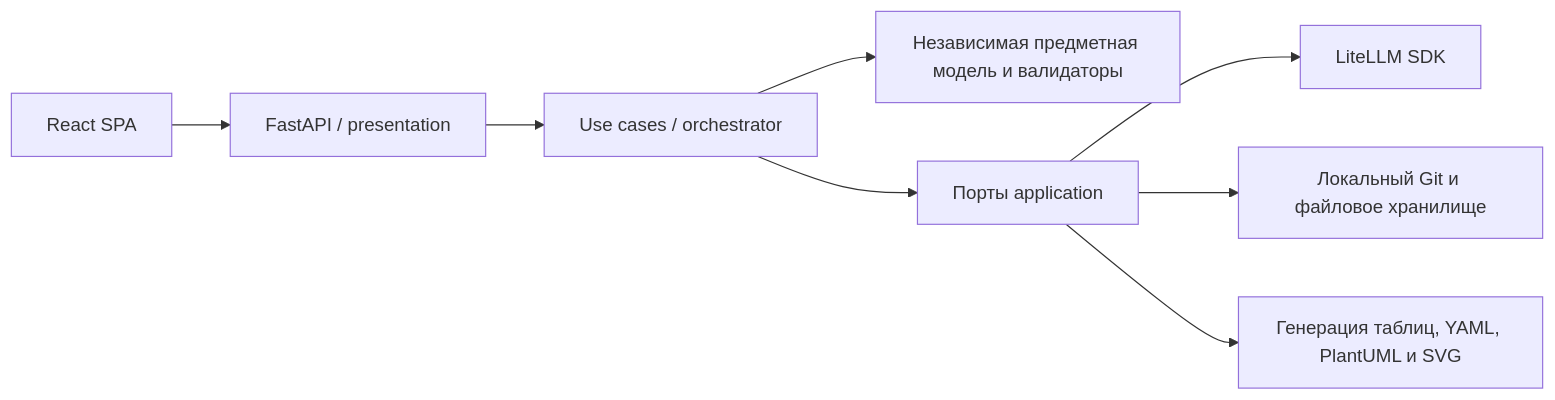
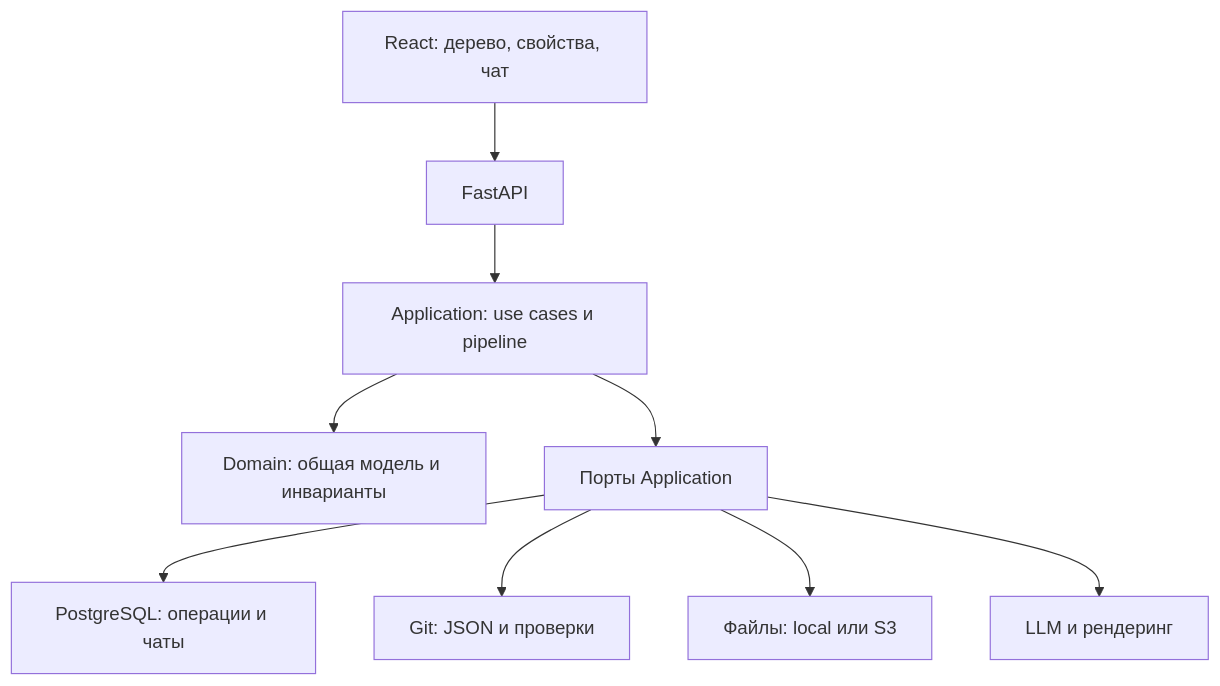
The diagram in docs/technical/README.md (Volodya1000/SolutionArchitectAI), drawn with Mermaid before and after one commit. The commit also changed other lines of this file and 7 other files, not shown here.

Commit message:
docs: revise shared architecture, task Git workflow and reusable LLM generation

````diff
--- a/docs/technical/README.md
+++ b/docs/technical/README.md
@@ -15,10 +14,11 @@
 ```mermaid
-flowchart LR
-    UI[React SPA] --> API[FastAPI / presentation]
-    API --> UC[Use cases / orchestrator]
-    UC --> D[Независимая предметная модель и валидаторы]
-    UC --> P[Порты application]
-    P --> L[LiteLLM SDK]
-    P --> G[Локальный Git и файловое хранилище]
-    P --> R[Генерация таблиц, YAML, PlantUML и SVG]
+flowchart TD
+    UI[React: дерево, свойства, чат] --> API[FastAPI]
+    API --> UC[Application: use cases и pipeline]
+    UC --> D[Domain: общая модель и инварианты]
+    UC --> P[Порты Application]
+    P --> DB[PostgreSQL: операции и чаты]
+    P --> G[Git: JSON и проверки]
+    P --> F[Файлы: local или S3]
+    P --> L[LLM и рендеринг]
 ```
````
